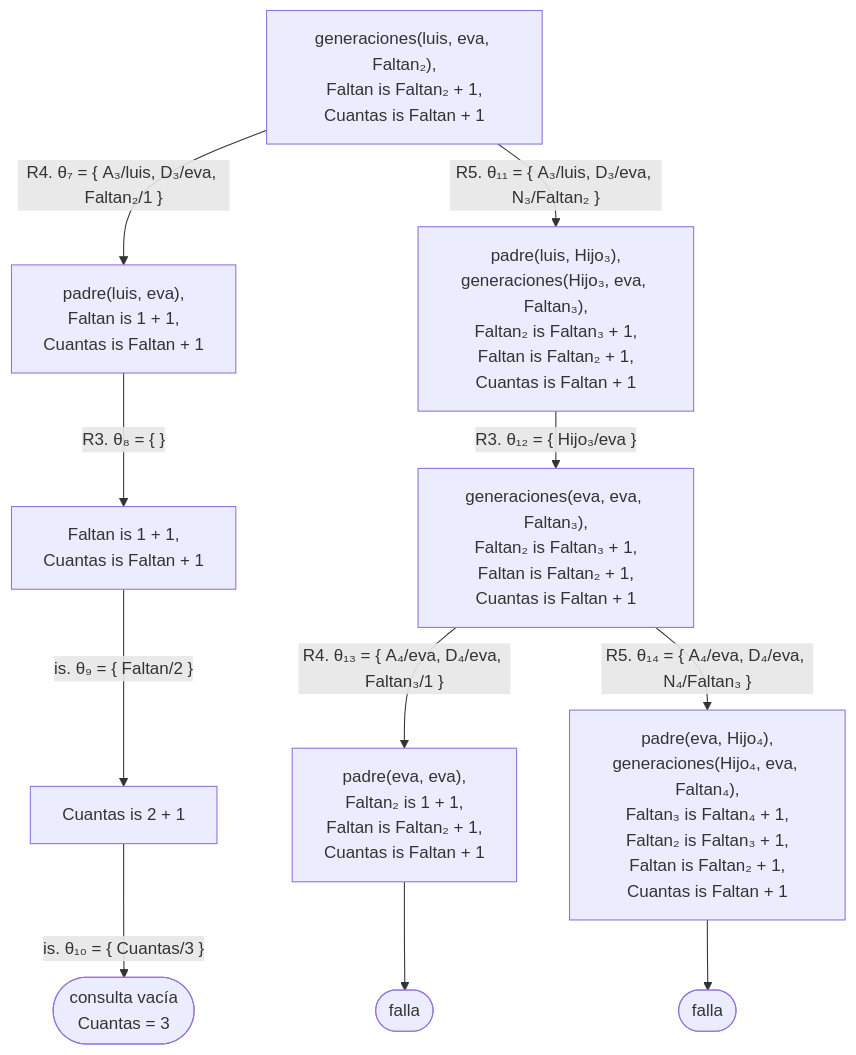
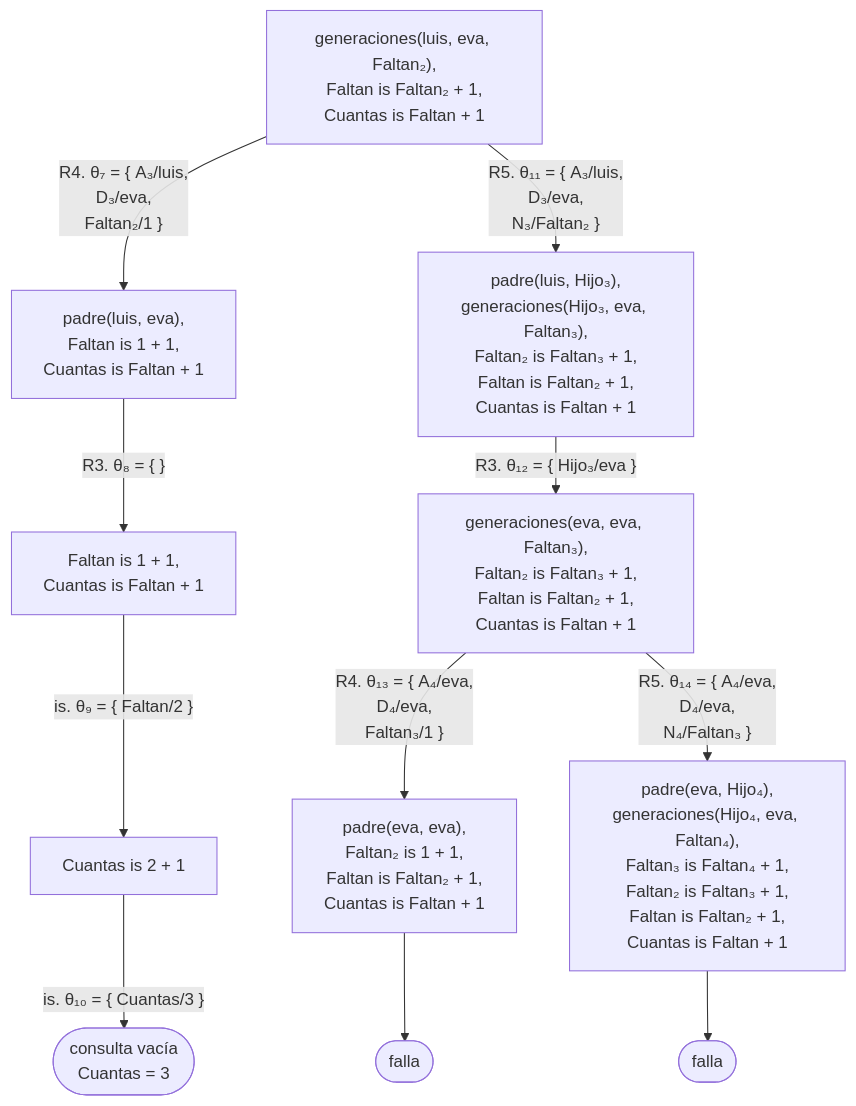
The tenth of 11 diagrams in docs/capitulo-06-recursion/index.md (CesarBallardini/curso-de-prolog), drawn with Mermaid before and after one commit. The commit also changed other lines of this file and 24 other files, not shown here.

First line of the commit message:
feat(docs): botones para ocultar las columnas laterales y etiquetas cortas en los diagramas

````diff
--- a/docs/capitulo-06-recursion/index.md
+++ b/docs/capitulo-06-recursion/index.md
@@ -593,15 +593,15 @@
 ```mermaid
 %%{init: {"flowchart": {"rankSpacing": 30}}}%%
 flowchart TD
     G["generaciones(luis, eva, Faltan₂),<br/>Faltan is Faltan₂ + 1,<br/>Cuantas is Faltan + 1"]
-    G -- "R4. θ₇ = {&nbsp;A₃/luis, D₃/eva, Faltan₂/1&nbsp;}" --> H["padre(luis, eva),<br/>Faltan is 1 + 1,<br/>Cuantas is Faltan + 1"]
+    G -- "R4. θ₇ = {&nbsp;A₃/luis,<br/>D₃/eva,<br/>Faltan₂/1&nbsp;}" --> H["padre(luis, eva),<br/>Faltan is 1 + 1,<br/>Cuantas is Faltan + 1"]
     H -- "R3. θ₈ = {&nbsp;}" --> I["Faltan is 1 + 1,<br/>Cuantas is Faltan + 1"]
     I -- "is. θ₉ = {&nbsp;Faltan/2&nbsp;}" --> J["Cuantas is 2 + 1"]
     J -- "is. θ₁₀ = {&nbsp;Cuantas/3&nbsp;}" --> S(["consulta vacía<br/>Cuantas = 3"])
-    G -- "R5. θ₁₁ = {&nbsp;A₃/luis, D₃/eva, N₃/Faltan₂&nbsp;}" --> K["padre(luis, Hijo₃),<br/>generaciones(Hijo₃, eva, Faltan₃),<br/>Faltan₂ is Faltan₃ + 1,<br/>Faltan is Faltan₂ + 1,<br/>Cuantas is Faltan + 1"]
+    G -- "R5. θ₁₁ = {&nbsp;A₃/luis,<br/>D₃/eva,<br/>N₃/Faltan₂&nbsp;}" --> K["padre(luis, Hijo₃),<br/>generaciones(Hijo₃, eva, Faltan₃),<br/>Faltan₂ is Faltan₃ + 1,<br/>Faltan is Faltan₂ + 1,<br/>Cuantas is Faltan + 1"]
     K -- "R3. θ₁₂ = {&nbsp;Hijo₃/eva&nbsp;}" --> L["generaciones(eva, eva, Faltan₃),<br/>Faltan₂ is Faltan₃ + 1,<br/>Faltan is Faltan₂ + 1,<br/>Cuantas is Faltan + 1"]
-    L -- "R4. θ₁₃ = {&nbsp;A₄/eva, D₄/eva, Faltan₃/1&nbsp;}" --> M["padre(eva, eva),<br/>Faltan₂ is 1 + 1,<br/>Faltan is Faltan₂ + 1,<br/>Cuantas is Faltan + 1"]
+    L -- "R4. θ₁₃ = {&nbsp;A₄/eva,<br/>D₄/eva,<br/>Faltan₃/1&nbsp;}" --> M["padre(eva, eva),<br/>Faltan₂ is 1 + 1,<br/>Faltan is Faltan₂ + 1,<br/>Cuantas is Faltan + 1"]
     M --> F3(["falla"])
-    L -- "R5. θ₁₄ = {&nbsp;A₄/eva, D₄/eva, N₄/Faltan₃&nbsp;}" --> N["padre(eva, Hijo₄),<br/>generaciones(Hijo₄, eva, Faltan₄),<br/>Faltan₃ is Faltan₄ + 1,<br/>Faltan₂ is Faltan₃ + 1,<br/>Faltan is Faltan₂ + 1,<br/>Cuantas is Faltan + 1"]
+    L -- "R5. θ₁₄ = {&nbsp;A₄/eva,<br/>D₄/eva,<br/>N₄/Faltan₃&nbsp;}" --> N["padre(eva, Hijo₄),<br/>generaciones(Hijo₄, eva, Faltan₄),<br/>Faltan₃ is Faltan₄ + 1,<br/>Faltan₂ is Faltan₃ + 1,<br/>Faltan is Faltan₂ + 1,<br/>Cuantas is Faltan + 1"]
     N --> F4(["falla"])
 ```
````
